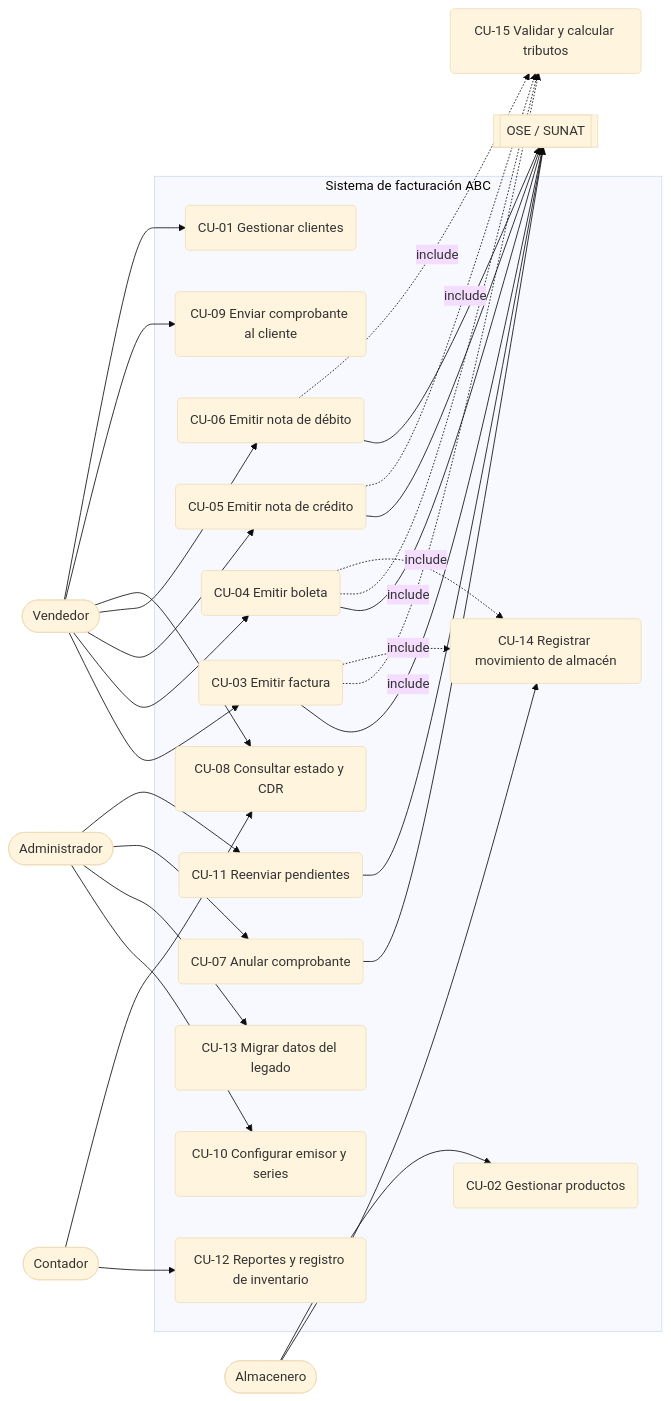
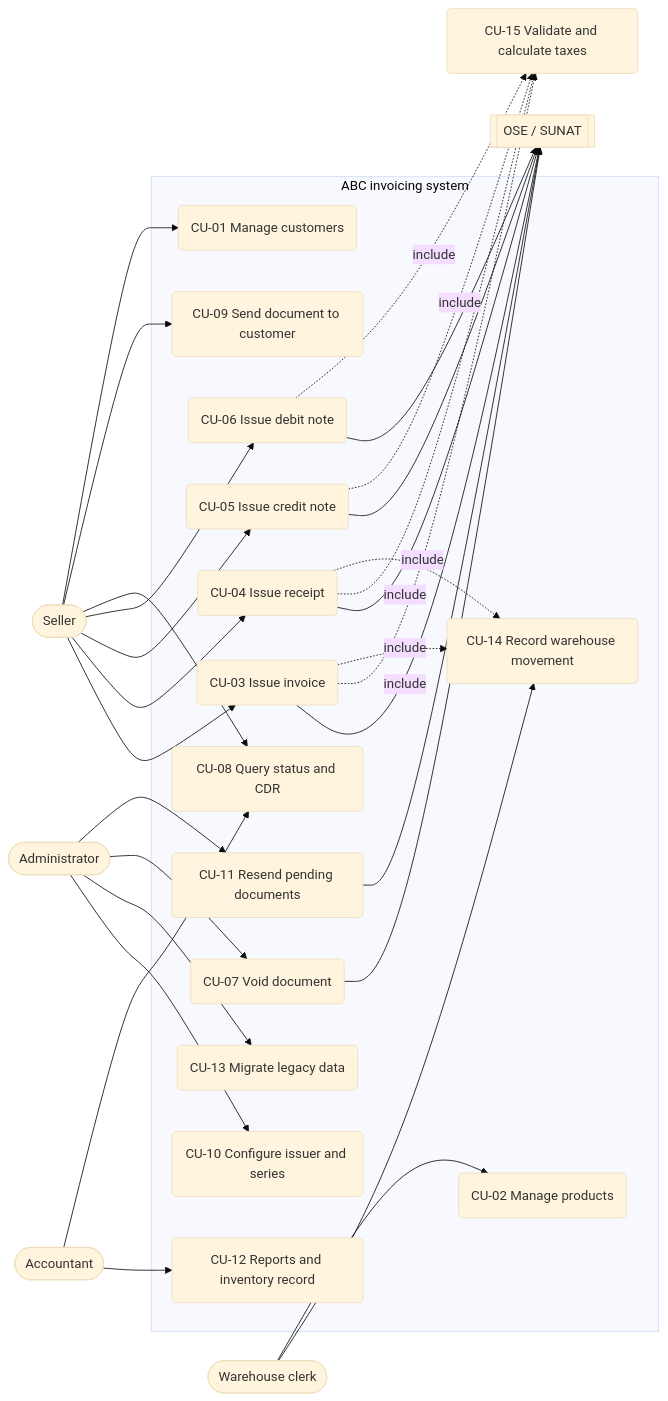
Before and after one commit to lourdesxiomara/MEDIOCURSO: the first of 2 diagrams in specs/01-casos-uso/casos-uso.md, drawn with Mermaid (base theme). The commit also changed other lines of this file and 2 other files, not shown here.

````diff
--- a/specs/01-casos-uso/casos-uso.md
+++ b/specs/01-casos-uso/casos-uso.md
@@ -16,31 +16,31 @@
 ```mermaid
 flowchart LR
-  V([Vendedor]); A([Almacenero]); AD([Administrador]); C([Contador]); O[[OSE / SUNAT]]
-  subgraph Sistema de facturación ABC
-    CU01(CU-01 Gestionar clientes)
-    CU02(CU-02 Gestionar productos)
-    CU03(CU-03 Emitir factura)
-    CU04(CU-04 Emitir boleta)
-    CU05(CU-05 Emitir nota de crédito)
-    CU06(CU-06 Emitir nota de débito)
-    CU07(CU-07 Anular comprobante)
-    CU08(CU-08 Consultar estado y CDR)
-    CU09(CU-09 Enviar comprobante al cliente)
-    CU10(CU-10 Configurar emisor y series)
-    CU11(CU-11 Reenviar pendientes)
-    CU12(CU-12 Reportes y registro de inventario)
-    CU13(CU-13 Migrar datos del legado)
-    CU14(CU-14 Registrar movimiento de almacén)
+  V([Seller]); A([Warehouse clerk]); AD([Administrator]); C([Accountant]); O[[OSE / SUNAT]]
+  subgraph ABC invoicing system
+    CU01(CU-01 Manage customers)
+    CU02(CU-02 Manage products)
+    CU03(CU-03 Issue invoice)
+    CU04(CU-04 Issue receipt)
+    CU05(CU-05 Issue credit note)
+    CU06(CU-06 Issue debit note)
+    CU07(CU-07 Void document)
+    CU08(CU-08 Query status and CDR)
+    CU09(CU-09 Send document to customer)
+    CU10(CU-10 Configure issuer and series)
+    CU11(CU-11 Resend pending documents)
+    CU12(CU-12 Reports and inventory record)
+    CU13(CU-13 Migrate legacy data)
+    CU14(CU-14 Record warehouse movement)
   end
   V --> CU03 & CU04 & CU05 & CU06 & CU08 & CU09 & CU01
   A --> CU14 & CU02
   AD --> CU10 & CU13 & CU07 & CU11
   C --> CU12 & CU08
   CU03 & CU04 & CU05 & CU06 & CU07 & CU11 --> O
-  CU03 -. include .-> CU15(CU-15 Validar y calcular tributos)
+  CU03 -. include .-> CU15(CU-15 Validate and calculate taxes)
   CU04 -. include .-> CU15
   CU05 -. include .-> CU15
   CU06 -. include .-> CU15
   CU03 -. include .-> CU14
   CU04 -. include .-> CU14
 ```
````
